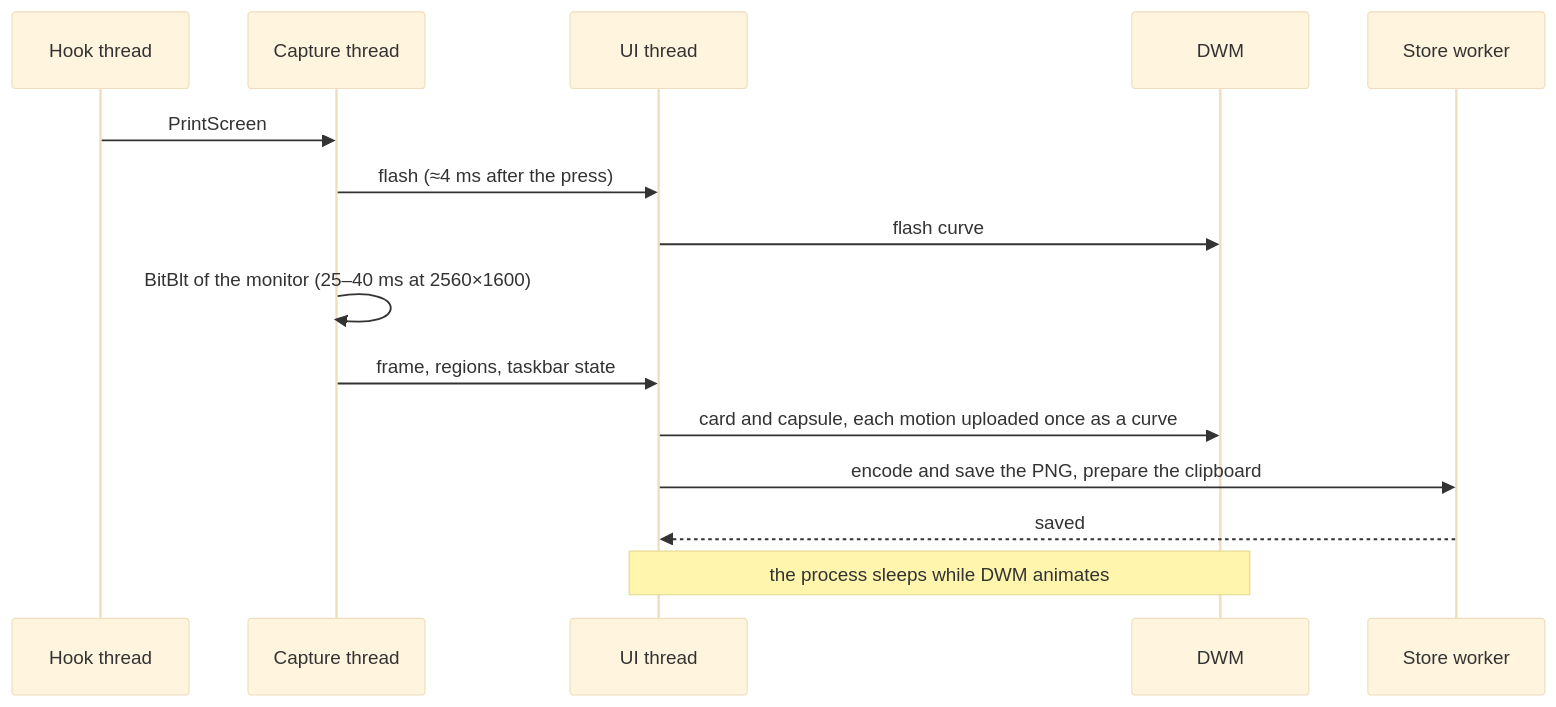
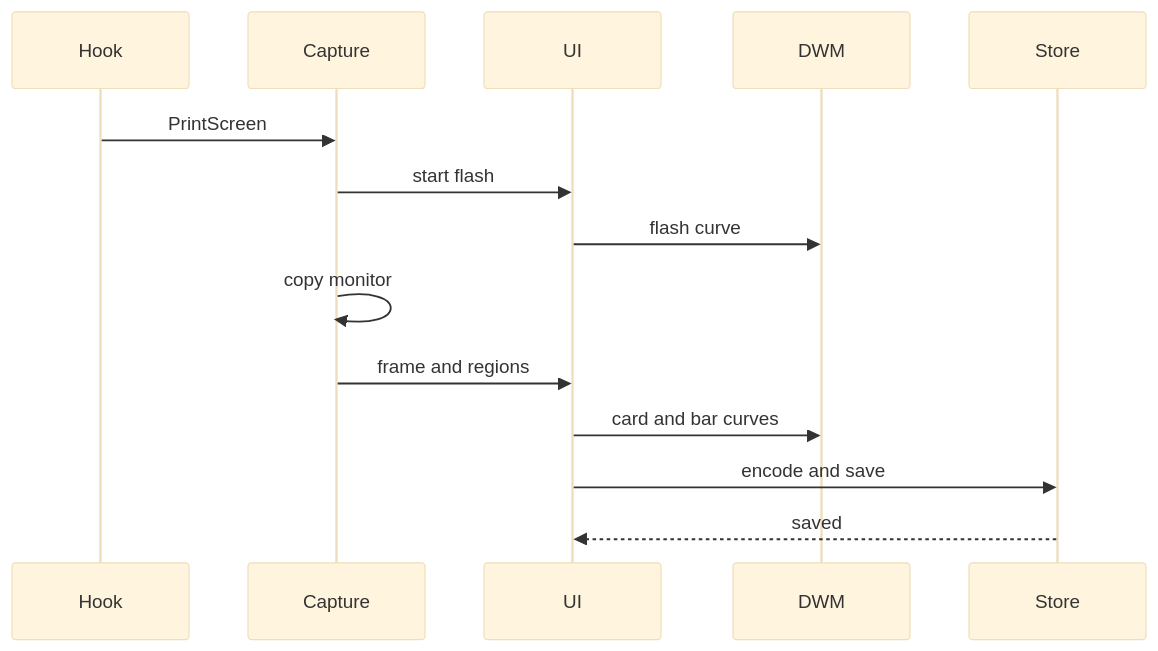
The third of 3 diagrams in README.md (Jason-JP-Yang/Screenshot-Toolkit), drawn with Mermaid (base theme) before and after one commit. The commit also changed other lines of this file and 24 other files, not shown here.

````diff
--- a/README.md
+++ b/README.md
@@ -385,17 +379,16 @@
 ```mermaid
 sequenceDiagram
-    participant H as Hook thread
-    participant C as Capture thread
-    participant U as UI thread
+    participant H as Hook
+    participant C as Capture
+    participant U as UI
     participant D as DWM
-    participant S as Store worker
+    participant S as Store
     H->>C: PrintScreen
-    C->>U: flash (≈4 ms after the press)
+    C->>U: start flash
     U->>D: flash curve
-    C->>C: BitBlt of the monitor (25–40 ms at 2560×1600)
-    C->>U: frame, regions, taskbar state
-    U->>D: card and capsule, each motion uploaded once as a curve
-    U->>S: encode and save the PNG, prepare the clipboard
+    C->>C: copy monitor
+    C->>U: frame and regions
+    U->>D: card and bar curves
+    U->>S: encode and save
     S-->>U: saved
-    Note over U,D: the process sleeps while DWM animates
 ```
````
